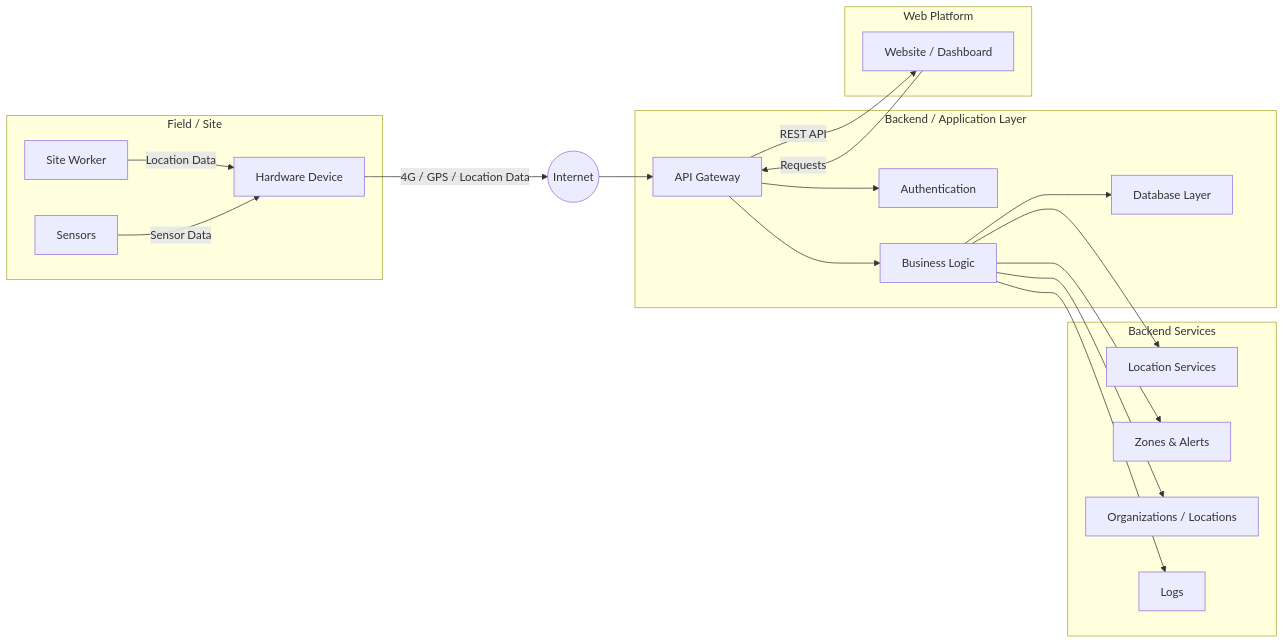
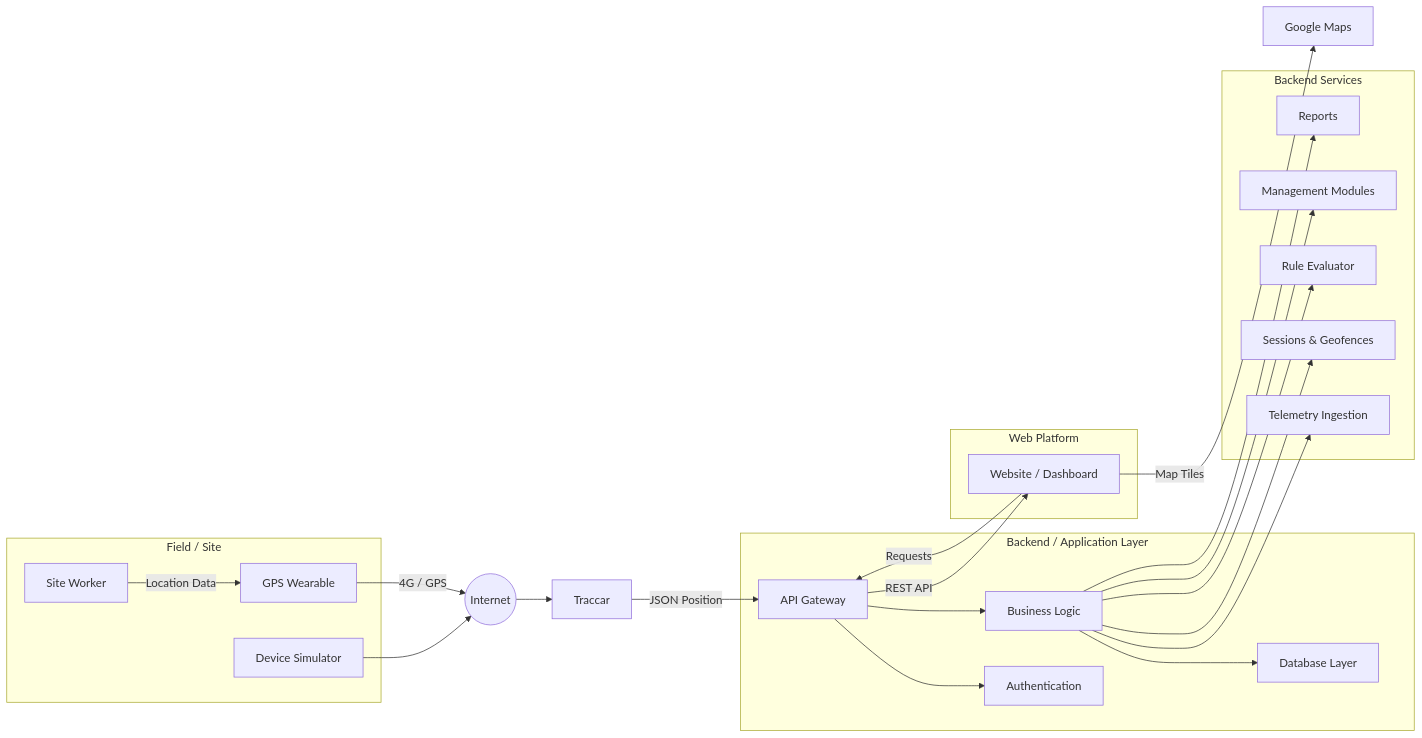
Before and after one commit to JSAbdullaH/Portfolio-Project: the first of 9 diagrams in Holberton-Portfolio-Project-Overview/Stage3.md, drawn with Mermaid. The commit also changed other lines of this file, not shown here.

````diff
--- a/Holberton-Portfolio-Project-Overview/Stage3.md
+++ b/Holberton-Portfolio-Project-Overview/Stage3.md
@@ -189,48 +207,55 @@
 ```mermaid
 flowchart LR
-
+ 
     subgraph FIELD["Field / Site"]
         WORKER["Site Worker"]
-        DEVICE["Hardware Device"]
-        SENSOR["Sensors"]
-
+        DEVICE["GPS Wearable"]
+        SIMULATOR["Device Simulator"]
+ 
         WORKER -->|"Location Data"| DEVICE
-        SENSOR -->|"Sensor Data"| DEVICE
     end
-
+ 
     INTERNET(("Internet"))
-
+ 
+    TRACCAR["Traccar"]
+ 
     subgraph BACKEND["Backend / Application Layer"]
         API["API Gateway"]
         AUTH["Authentication"]
         BL["Business Logic"]
         DB["Database Layer"]
-
+ 
         API --> AUTH
         API --> BL
         BL --> DB
     end
-
+ 
     subgraph SERVICES["Backend Services"]
-        LOC["Location Services"]
-        ZONE["Zones & Alerts"]
-        ORG["Organizations / Locations"]
-        LOG["Logs"]
+        TELEMETRY["Telemetry Ingestion"]
+        SESSION["Sessions & Geofences"]
+        RULES["Rule Evaluator"]
+        MGMT["Management Modules"]
+        REPORTS["Reports"]
     end
-
+ 
     subgraph CLIENT["Web Platform"]
         WEB["Website / Dashboard"]
     end
-
-    DEVICE -->|"4G / GPS / Location Data"| INTERNET
-
-    INTERNET --> API
-
-    BL --> LOC
-    BL --> ZONE
-    BL --> ORG
-    BL --> LOG
-
+ 
+    MAPS["Google Maps"]
+ 
+    DEVICE -->|"4G / GPS"| INTERNET
+    SIMULATOR --> INTERNET
+    INTERNET --> TRACCAR
+    TRACCAR -->|"JSON Position"| API
+ 
+    BL --> TELEMETRY
+    BL --> SESSION
+    BL --> RULES
+    BL --> MGMT
+    BL --> REPORTS
+ 
     API -->|"REST API"| WEB
     WEB -->|"Requests"| API
+    WEB -->|"Map Tiles"| MAPS
 ```
````
